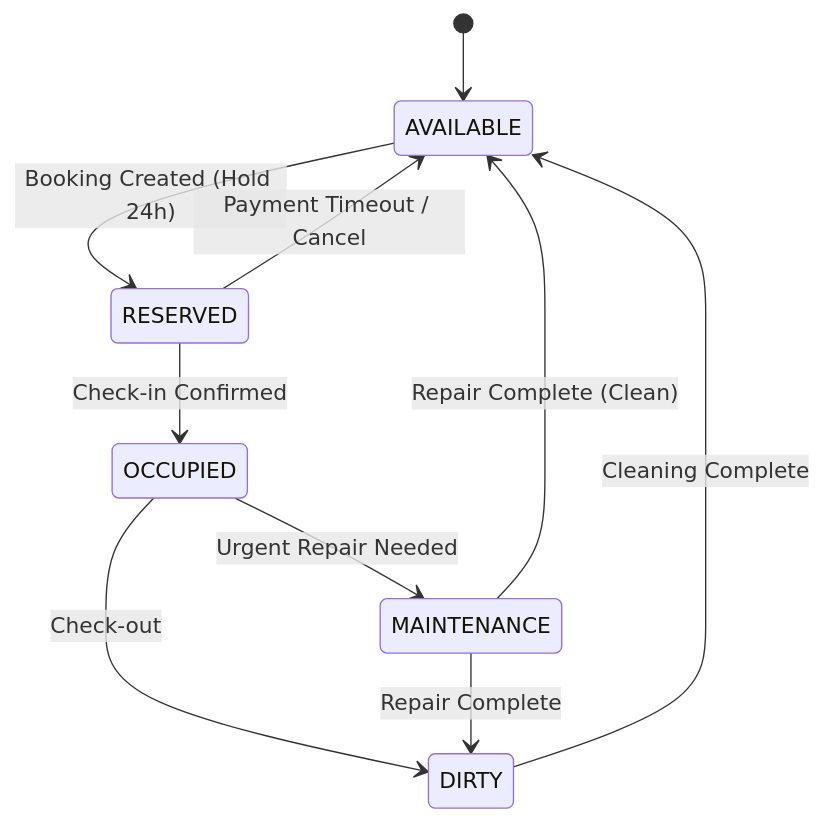
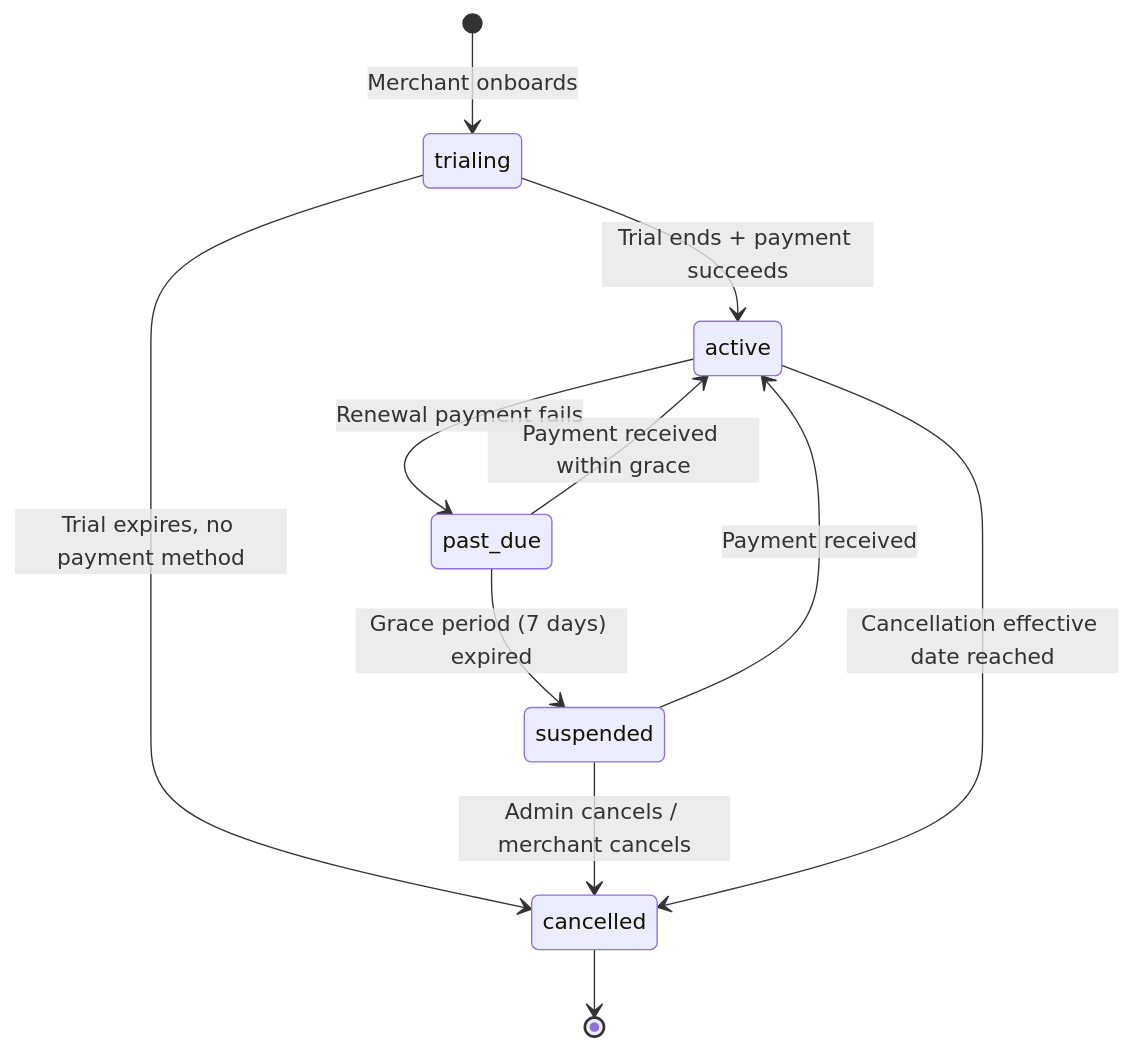
Before and after one commit to itsramaa/Sistem-Hunian: the ninth of 22 diagrams in docs/domain-state-machines.md, drawn with Mermaid. The commit also changed other lines of this file, not shown here.

````diff
--- a/docs/domain-state-machines.md
+++ b/docs/domain-state-machines.md
@@ -192,16 +496,13 @@
 ```mermaid
 stateDiagram-v2
-    [*] --> AVAILABLE
-    
-    AVAILABLE --> RESERVED: Booking Created (Hold 24h)
-    RESERVED --> OCCUPIED: Check-in Confirmed
-    RESERVED --> AVAILABLE: Payment Timeout / Cancel
-    
-    OCCUPIED --> MAINTENANCE: Urgent Repair Needed
-    OCCUPIED --> DIRTY: Check-out
-    
-    MAINTENANCE --> DIRTY: Repair Complete
-    MAINTENANCE --> AVAILABLE: Repair Complete (Clean)
-    
-    DIRTY --> AVAILABLE: Cleaning Complete
+    [*] --> trialing: Merchant onboards
+    trialing --> active: Trial ends + payment succeeds
+    trialing --> cancelled: Trial expires, no payment method
+    active --> past_due: Renewal payment fails
+    past_due --> active: Payment received within grace
+    past_due --> suspended: Grace period (7 days) expired
+    suspended --> active: Payment received
+    suspended --> cancelled: Admin cancels / merchant cancels
+    active --> cancelled: Cancellation effective date reached
+    cancelled --> [*]
 ```
````
